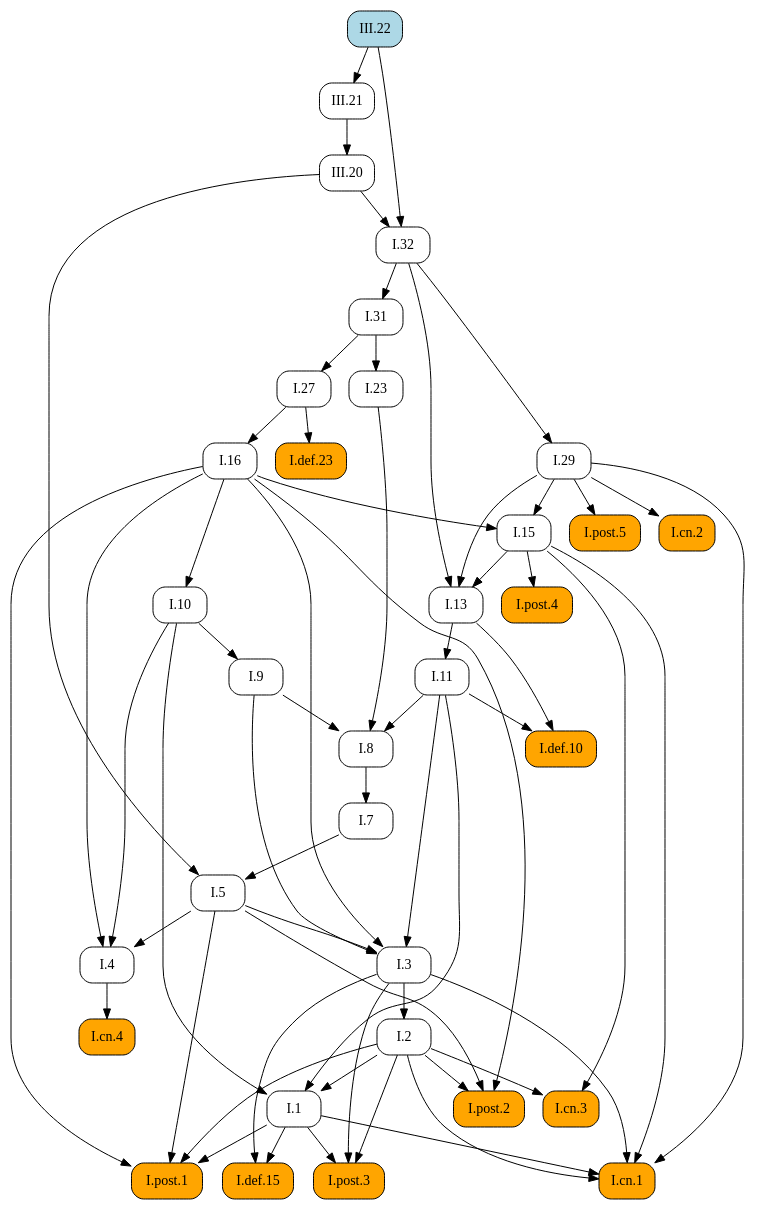
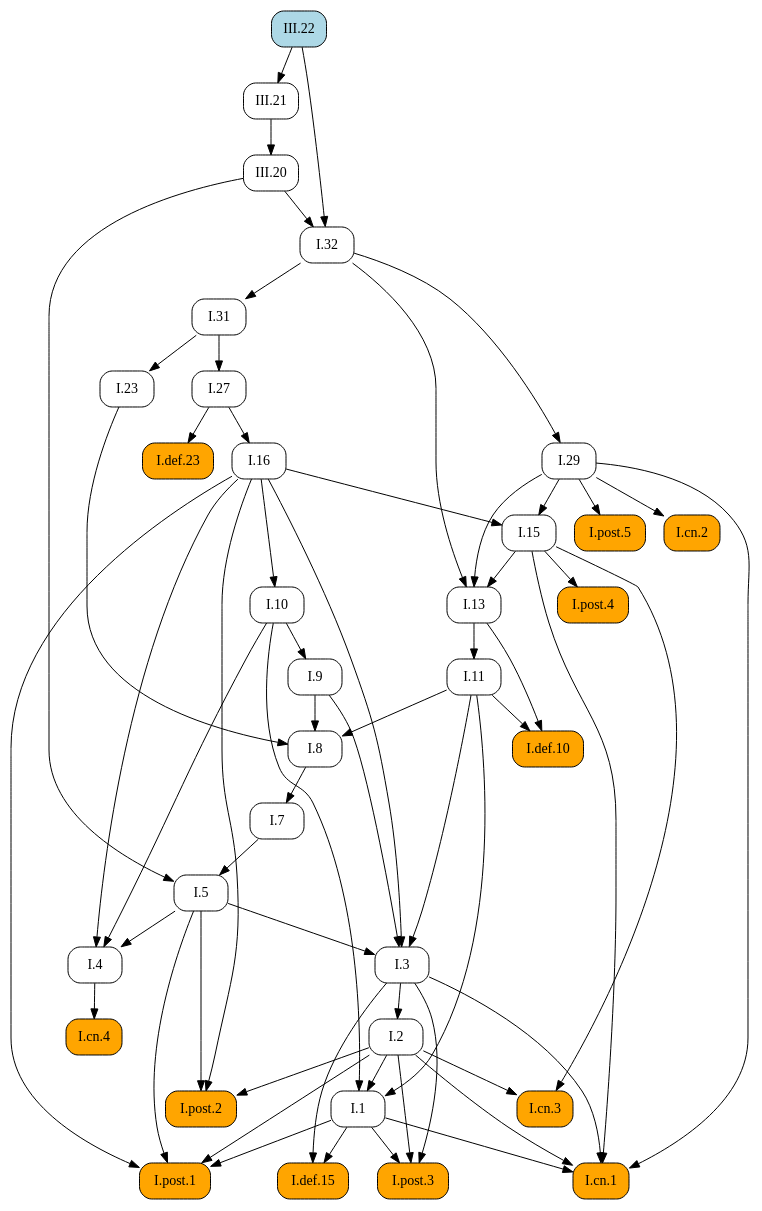
The diagram in docsrc/elements2/III/22/index.rst (geometor/elements), drawn with Graphviz before and after one commit. The commit also changed other lines of this file and 171 other files, not shown here.

```diff
--- a/docsrc/elements2/III/22/index.rst
+++ b/docsrc/elements2/III/22/index.rst
@@ -48,97 +48,97 @@
    digraph {
      rankdir="TB";
      node [shape=box, style=rounded];
+     "I.8" [URL="/elements2/I/8/", target="_top"];
+     "I.32" [URL="/elements2/I/32/", target="_top"];
+     "I.post.1" [style="rounded,filled", fillcolor=orange, URL="/elements2/I/post.1/", target="_top"];
+     "I.5" [URL="/elements2/I/5/", target="_top"];
+     "I.post.5" [style="rounded,filled", fillcolor=orange, URL="/elements2/I/post.5/", target="_top"];
      "I.def.10" [style="rounded,filled", fillcolor=orange, URL="/elements2/I/def.10/", target="_top"];
+     "I.cn.2" [style="rounded,filled", fillcolor=orange, URL="/elements2/I/cn.2/", target="_top"];
      "III.22" [style="rounded,filled", fillcolor=lightblue, URL="/elements2/III/22/", target="_top"];
-     "I.32" [URL="/elements2/I/32/", target="_top"];
      "I.def.15" [style="rounded,filled", fillcolor=orange, URL="/elements2/I/def.15/", target="_top"];
+     "I.31" [URL="/elements2/I/31/", target="_top"];
+     "I.11" [URL="/elements2/I/11/", target="_top"];
+     "I.3" [URL="/elements2/I/3/", target="_top"];
+     "I.def.23" [style="rounded,filled", fillcolor=orange, URL="/elements2/I/def.23/", target="_top"];
+     "I.post.2" [style="rounded,filled", fillcolor=orange, URL="/elements2/I/post.2/", target="_top"];
+     "I.1" [URL="/elements2/I/1/", target="_top"];
+     "I.cn.3" [style="rounded,filled", fillcolor=orange, URL="/elements2/I/cn.3/", target="_top"];
      "I.cn.4" [style="rounded,filled", fillcolor=orange, URL="/elements2/I/cn.4/", target="_top"];
+     "III.21" [URL="/elements2/III/21/", target="_top"];
+     "III.20" [URL="/elements2/III/20/", target="_top"];
+     "I.7" [URL="/elements2/I/7/", target="_top"];
+     "I.9" [URL="/elements2/I/9/", target="_top"];
+     "I.cn.1" [style="rounded,filled", fillcolor=orange, URL="/elements2/I/cn.1/", target="_top"];
+     "I.29" [URL="/elements2/I/29/", target="_top"];
+     "I.post.4" [style="rounded,filled", fillcolor=orange, URL="/elements2/I/post.4/", target="_top"];
+     "I.16" [URL="/elements2/I/16/", target="_top"];
+     "I.13" [URL="/elements2/I/13/", target="_top"];
+     "I.2" [URL="/elements2/I/2/", target="_top"];
+     "I.27" [URL="/elements2/I/27/", target="_top"];
+     "I.4" [URL="/elements2/I/4/", target="_top"];
+     "I.10" [URL="/elements2/I/10/", target="_top"];
+     "I.15" [URL="/elements2/I/15/", target="_top"];
+     "I.23" [URL="/elements2/I/23/", target="_top"];
      "I.post.3" [style="rounded,filled", fillcolor=orange, URL="/elements2/I/post.3/", target="_top"];
-     "I.27" [URL="/elements2/I/27/", target="_top"];
-     "I.post.2" [style="rounded,filled", fillcolor=orange, URL="/elements2/I/post.2/", target="_top"];
-     "I.13" [URL="/elements2/I/13/", target="_top"];
-     "I.10" [URL="/elements2/I/10/", target="_top"];
-     "I.post.1" [style="rounded,filled", fillcolor=orange, URL="/elements2/I/post.1/", target="_top"];
-     "I.7" [URL="/elements2/I/7/", target="_top"];
-     "I.11" [URL="/elements2/I/11/", target="_top"];
-     "I.4" [URL="/elements2/I/4/", target="_top"];
-     "I.16" [URL="/elements2/I/16/", target="_top"];
-     "I.def.23" [style="rounded,filled", fillcolor=orange, URL="/elements2/I/def.23/", target="_top"];
-     "I.9" [URL="/elements2/I/9/", target="_top"];
-     "I.8" [URL="/elements2/I/8/", target="_top"];
-     "I.cn.2" [style="rounded,filled", fillcolor=orange, URL="/elements2/I/cn.2/", target="_top"];
-     "I.15" [URL="/elements2/I/15/", target="_top"];
-     "I.post.5" [style="rounded,filled", fillcolor=orange, URL="/elements2/I/post.5/", target="_top"];
-     "III.21" [URL="/elements2/III/21/", target="_top"];
-     "I.23" [URL="/elements2/I/23/", target="_top"];
-     "III.20" [URL="/elements2/III/20/", target="_top"];
-     "I.2" [URL="/elements2/I/2/", target="_top"];
-     "I.1" [URL="/elements2/I/1/", target="_top"];
-     "I.31" [URL="/elements2/I/31/", target="_top"];
-     "I.post.4" [style="rounded,filled", fillcolor=orange, URL="/elements2/I/post.4/", target="_top"];
-     "I.cn.1" [style="rounded,filled", fillcolor=orange, URL="/elements2/I/cn.1/", target="_top"];
-     "I.3" [URL="/elements2/I/3/", target="_top"];
-     "I.cn.3" [style="rounded,filled", fillcolor=orange, URL="/elements2/I/cn.3/", target="_top"];
-     "I.29" [URL="/elements2/I/29/", target="_top"];
-     "I.5" [URL="/elements2/I/5/", target="_top"];
-     "I.11" -> "I.def.10";
-     "I.13" -> "I.def.10";
+     "I.9" -> "I.8";
+     "I.11" -> "I.8";
+     "I.23" -> "I.8";
      "III.20" -> "I.32";
      "III.22" -> "I.32";
-     "I.1" -> "I.def.15";
-     "I.3" -> "I.def.15";
-     "I.4" -> "I.cn.4";
-     "I.1" -> "I.post.3";
-     "I.2" -> "I.post.3";
-     "I.3" -> "I.post.3";
-     "I.31" -> "I.27";
-     "I.2" -> "I.post.2";
-     "I.5" -> "I.post.2";
-     "I.16" -> "I.post.2";
-     "I.15" -> "I.13";
-     "I.29" -> "I.13";
-     "I.32" -> "I.13";
-     "I.16" -> "I.10";
      "I.1" -> "I.post.1";
      "I.2" -> "I.post.1";
      "I.5" -> "I.post.1";
      "I.16" -> "I.post.1";
-     "I.8" -> "I.7";
+     "I.7" -> "I.5";
+     "III.20" -> "I.5";
+     "I.29" -> "I.post.5";
+     "I.11" -> "I.def.10";
+     "I.13" -> "I.def.10";
+     "I.29" -> "I.cn.2";
+     "I.1" -> "I.def.15";
+     "I.3" -> "I.def.15";
+     "I.32" -> "I.31";
      "I.13" -> "I.11";
-     "I.5" -> "I.4";
-     "I.10" -> "I.4";
-     "I.16" -> "I.4";
-     "I.27" -> "I.16";
+     "I.5" -> "I.3";
+     "I.9" -> "I.3";
+     "I.11" -> "I.3";
+     "I.16" -> "I.3";
      "I.27" -> "I.def.23";
-     "I.10" -> "I.9";
-     "I.9" -> "I.8";
-     "I.11" -> "I.8";
-     "I.23" -> "I.8";
-     "I.29" -> "I.cn.2";
-     "I.16" -> "I.15";
-     "I.29" -> "I.15";
-     "I.29" -> "I.post.5";
-     "III.22" -> "III.21";
-     "I.31" -> "I.23";
-     "III.21" -> "III.20";
-     "I.3" -> "I.2";
+     "I.2" -> "I.post.2";
+     "I.5" -> "I.post.2";
+     "I.16" -> "I.post.2";
      "I.2" -> "I.1";
      "I.10" -> "I.1";
      "I.11" -> "I.1";
-     "I.32" -> "I.31";
-     "I.15" -> "I.post.4";
+     "I.2" -> "I.cn.3";
+     "I.15" -> "I.cn.3";
+     "I.4" -> "I.cn.4";
+     "III.22" -> "III.21";
+     "III.21" -> "III.20";
+     "I.8" -> "I.7";
+     "I.10" -> "I.9";
      "I.1" -> "I.cn.1";
      "I.2" -> "I.cn.1";
      "I.3" -> "I.cn.1";
      "I.15" -> "I.cn.1";
      "I.29" -> "I.cn.1";
-     "I.5" -> "I.3";
-     "I.9" -> "I.3";
-     "I.11" -> "I.3";
-     "I.16" -> "I.3";
-     "I.2" -> "I.cn.3";
-     "I.15" -> "I.cn.3";
      "I.32" -> "I.29";
-     "I.7" -> "I.5";
-     "III.20" -> "I.5";
+     "I.15" -> "I.post.4";
+     "I.27" -> "I.16";
+     "I.15" -> "I.13";
+     "I.29" -> "I.13";
+     "I.32" -> "I.13";
+     "I.3" -> "I.2";
+     "I.31" -> "I.27";
+     "I.5" -> "I.4";
+     "I.10" -> "I.4";
+     "I.16" -> "I.4";
+     "I.16" -> "I.10";
+     "I.16" -> "I.15";
+     "I.29" -> "I.15";
+     "I.31" -> "I.23";
+     "I.1" -> "I.post.3";
+     "I.2" -> "I.post.3";
+     "I.3" -> "I.post.3";
    }
```
